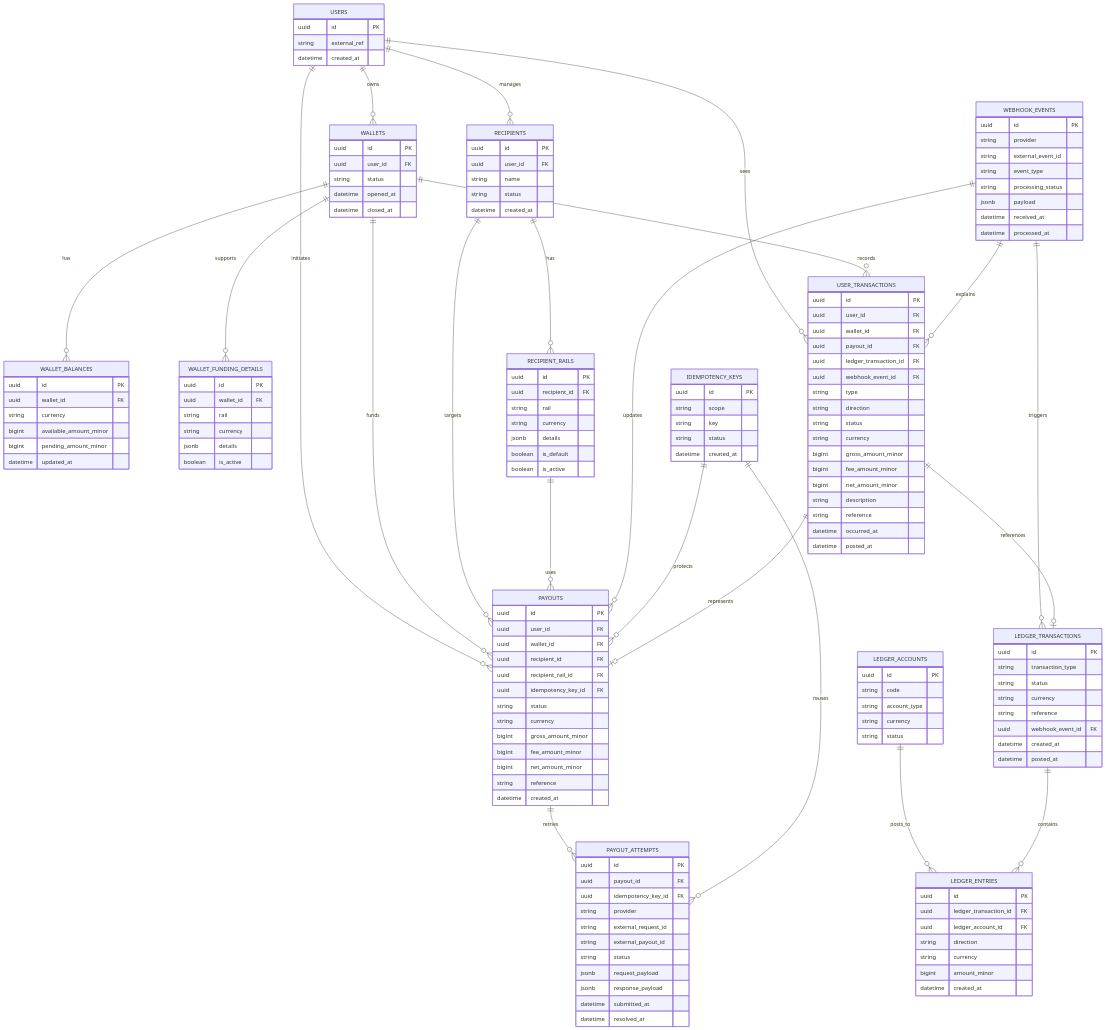
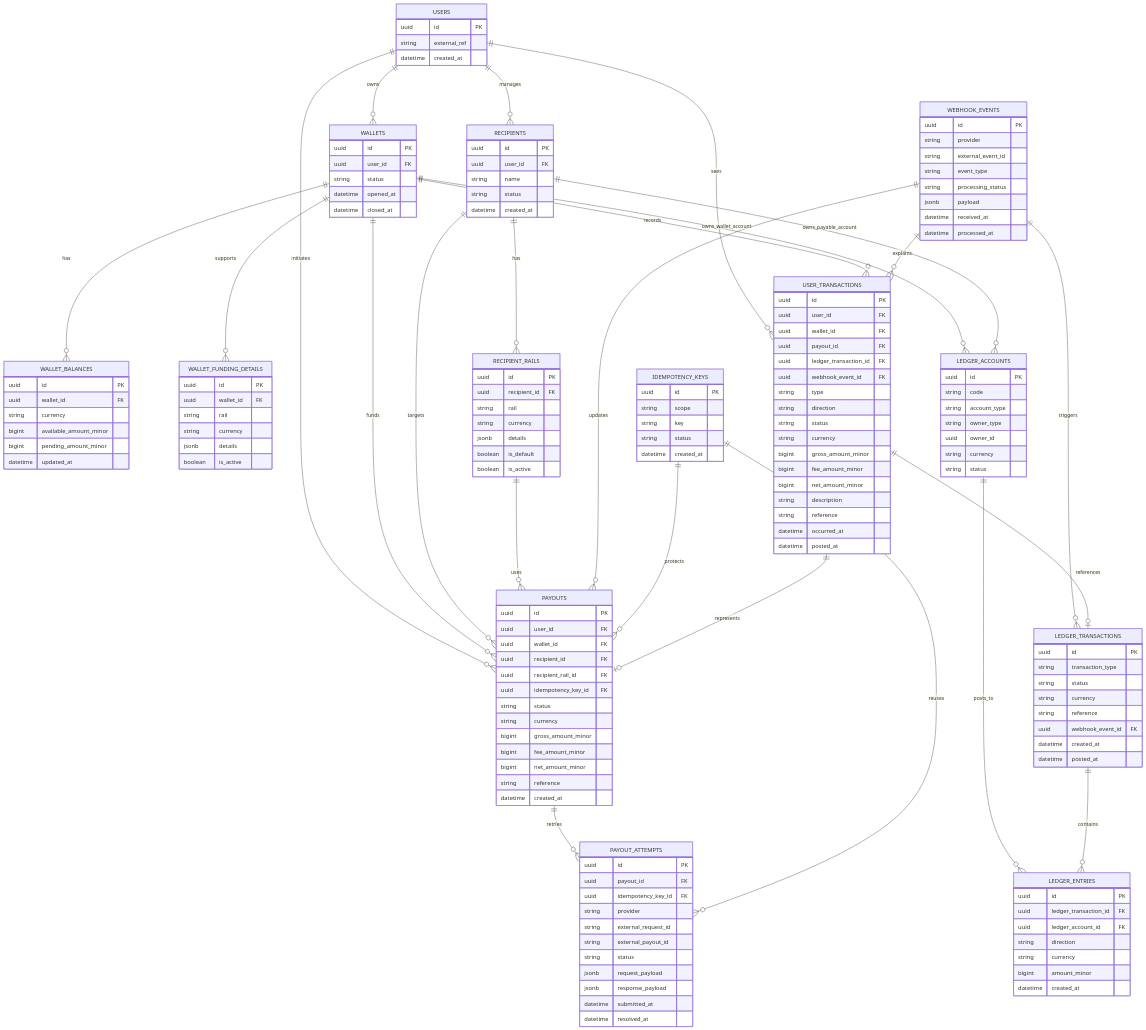
The diagram in docs/financial-er-diagram.md (tandat2209/mini-payment-platform), drawn with Mermaid before and after one commit. The commit also changed other lines of this file and 10 other files, not shown here.

```diff
--- a/docs/financial-er-diagram.md
+++ b/docs/financial-er-diagram.md
@@ -35,6 +35,8 @@
     IDEMPOTENCY_KEYS ||--o{ PAYOUTS : protects
     IDEMPOTENCY_KEYS ||--o{ PAYOUT_ATTEMPTS : reuses
 
+    WALLETS ||--o{ LEDGER_ACCOUNTS : owns_wallet_account
+    RECIPIENTS ||--o{ LEDGER_ACCOUNTS : owns_payable_account
     LEDGER_ACCOUNTS ||--o{ LEDGER_ENTRIES : posts_to
     LEDGER_TRANSACTIONS ||--o{ LEDGER_ENTRIES : contains
 
@@ -164,6 +166,8 @@
         uuid id PK
         string code
         string account_type
+        string owner_type
+        uuid owner_id
         string currency
         string status
     }
```
